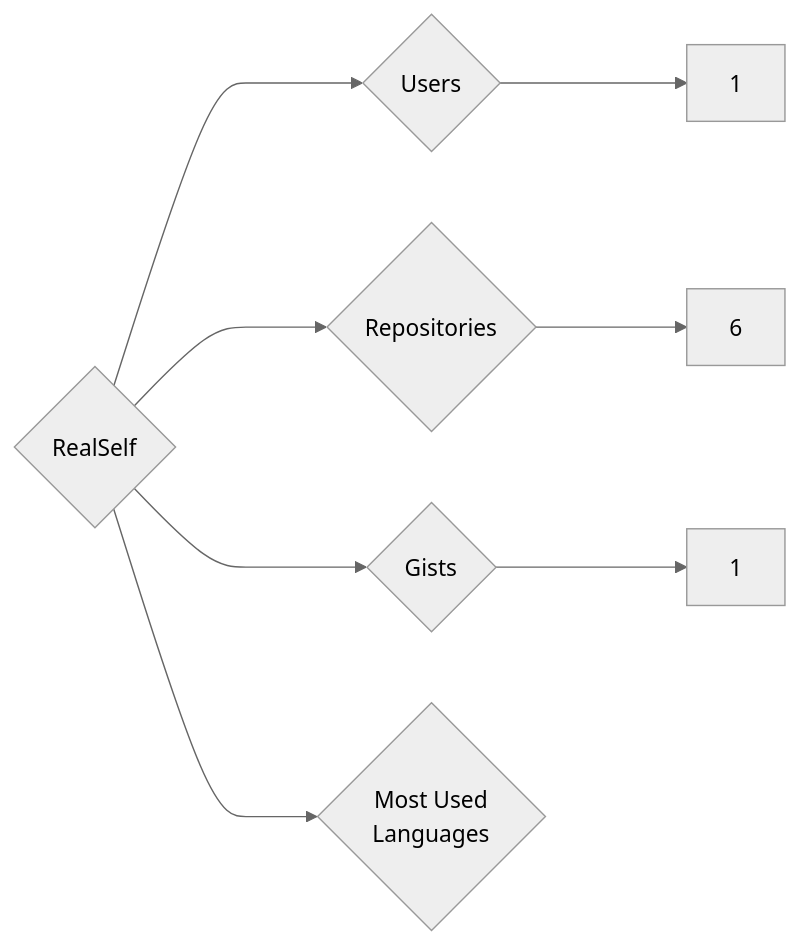
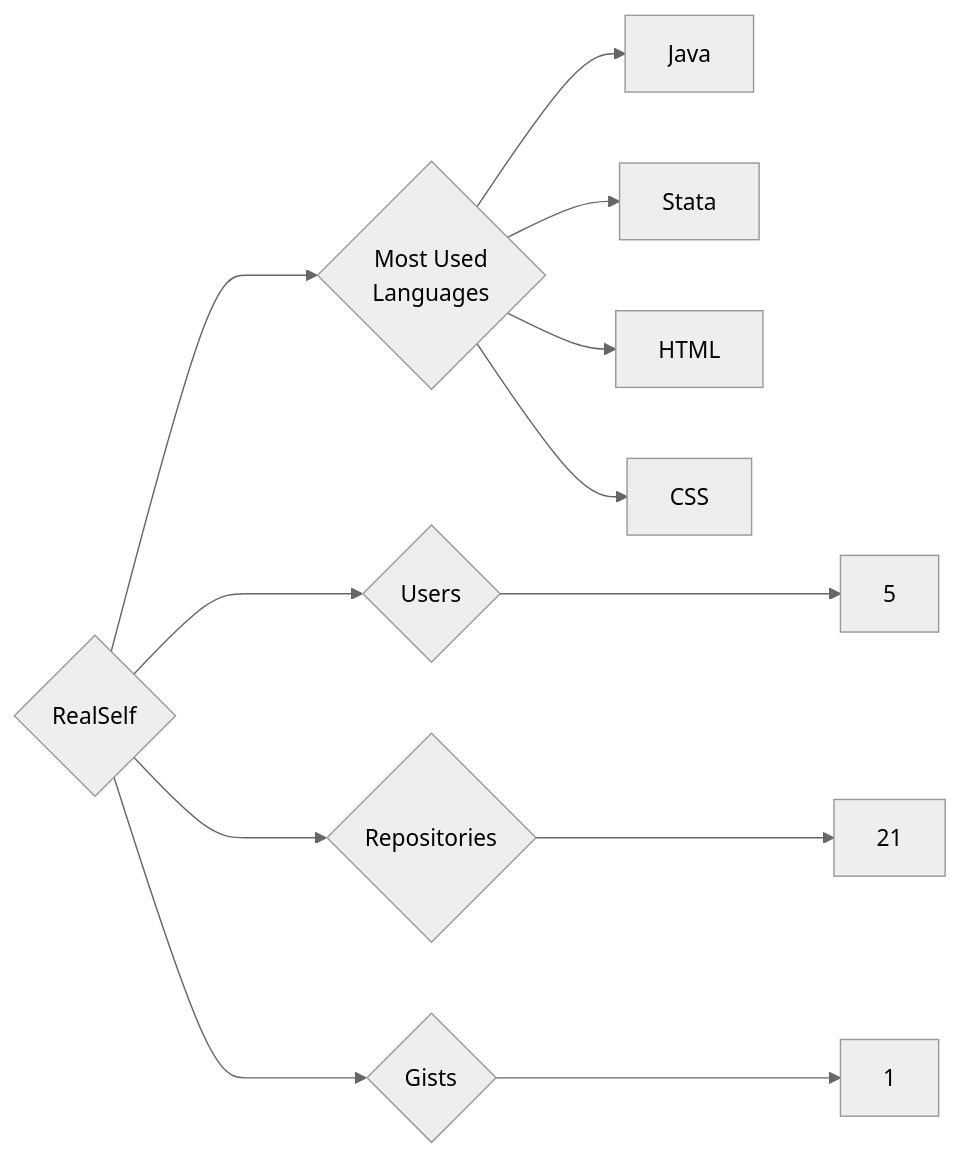
Before and after one commit to trickest/insiders: the diagram in targets/RealSelf/README.md, drawn with Mermaid (neutral theme). The commit also changed 1389 other files, not shown here.

````diff
--- a/targets/RealSelf/README.md
+++ b/targets/RealSelf/README.md
@@ -3,8 +3,12 @@
 ```mermaid
 graph LR
 COMPANY_NAME{RealSelf}
-COMPANY_NAME ---> U{Users} ---> UN[1]
-COMPANY_NAME ---> R{Repositories} ---> RN[6]
+COMPANY_NAME ---> U{Users} ---> UN[5]
+COMPANY_NAME ---> R{Repositories} ---> RN[21]
 COMPANY_NAME ---> G{Gists} ---> GN[1]
 COMPANY_NAME ---> ML{Most Used<br>Languages}
+ML --> Java[Java]
+ML --> Stata[Stata]
+ML --> HTML[HTML]
+ML --> CSS[CSS]
 ```
````
